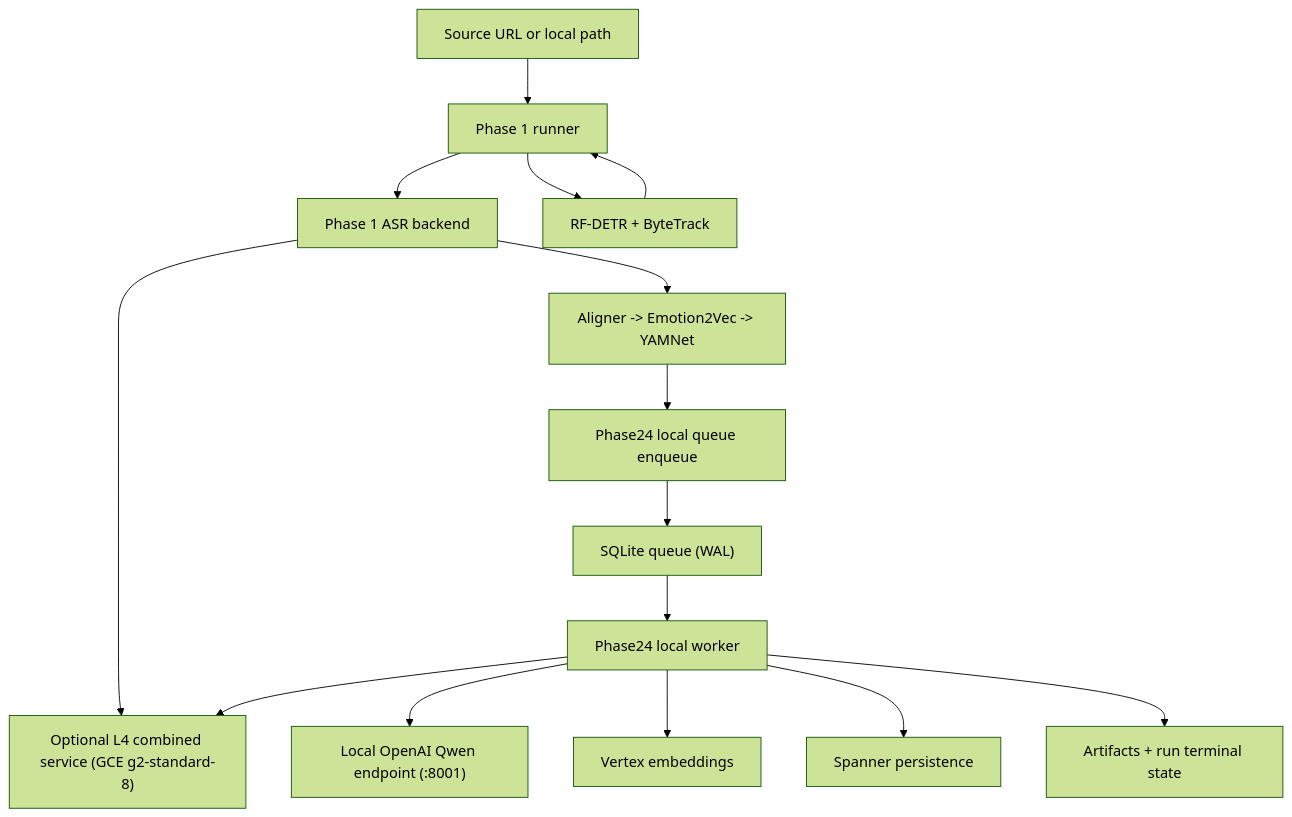
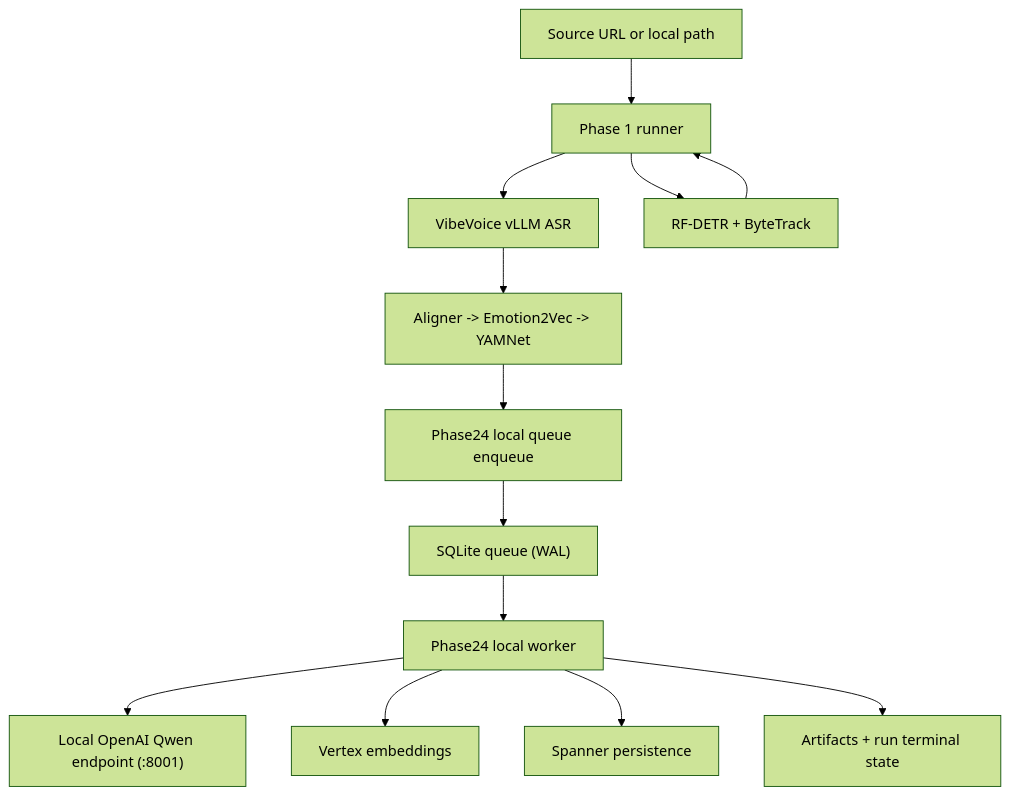
One commit to ClyptAI/Clypt-Backend changed the diagram in docs/ARCHITECTURE.md. Above: the diagram before and after it, drawn with Mermaid (forest theme). The commit also changed other lines of this file and 43 other files, not shown here.

````diff
--- a/docs/ARCHITECTURE.md
+++ b/docs/ARCHITECTURE.md
@@ -10,30 +10,27 @@
 ```mermaid
 flowchart TD
   source["Source URL or local path"]
   p1["Phase 1 runner"]
-  asr["Phase 1 ASR backend"]
-  l4["Optional L4 combined service (GCE g2-standard-8)"]
+  asr["VibeVoice vLLM ASR"]
   audio["Aligner -> Emotion2Vec -> YAMNet"]
   visual["RF-DETR + ByteTrack"]
   handoff["Phase24 local queue enqueue"]
   q["SQLite queue (WAL)"]
   w["Phase24 local worker"]
   llm["Local OpenAI Qwen endpoint (:8001)"]
   emb["Vertex embeddings"]
   sp["Spanner persistence"]
   out["Artifacts + run terminal state"]
 
   source --> p1
   p1 --> asr
   p1 --> visual
-  asr --> l4
   asr --> audio
   audio --> handoff
   handoff --> q --> w
   w --> llm
   w --> emb
-  w --> l4
   w --> sp
   visual --> p1
   w --> out
 ```
````
